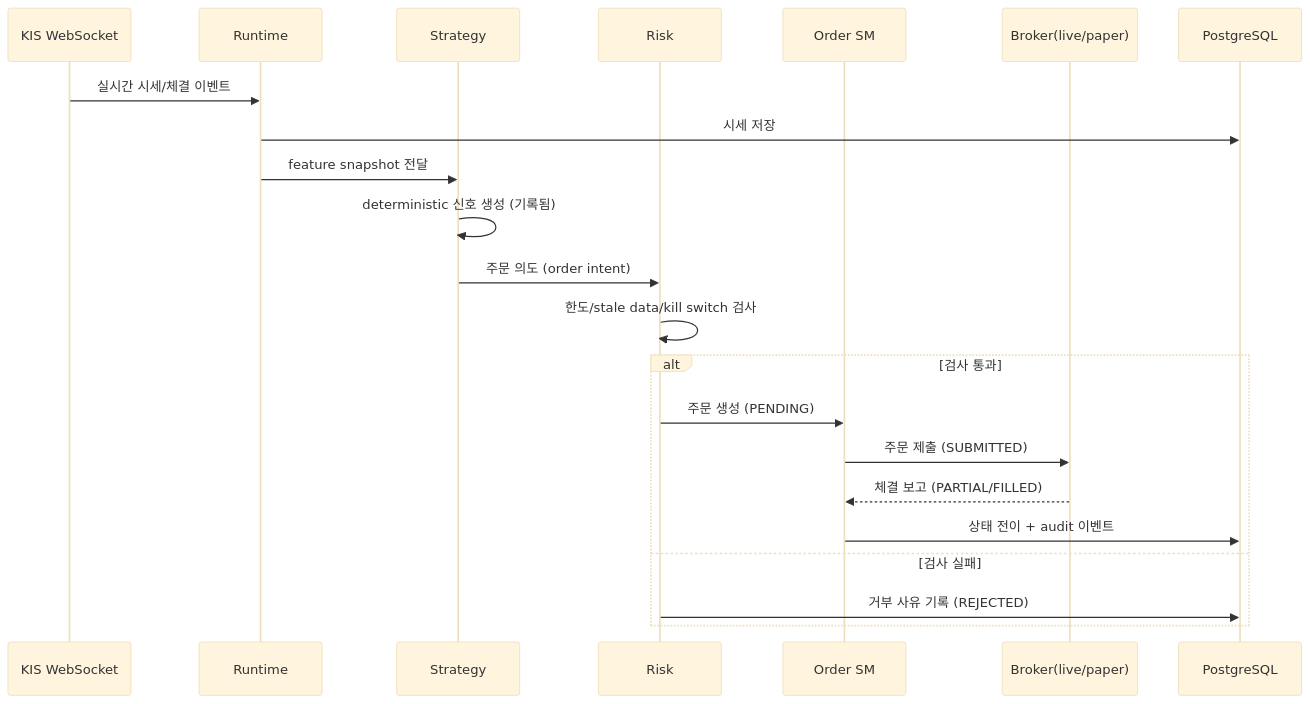
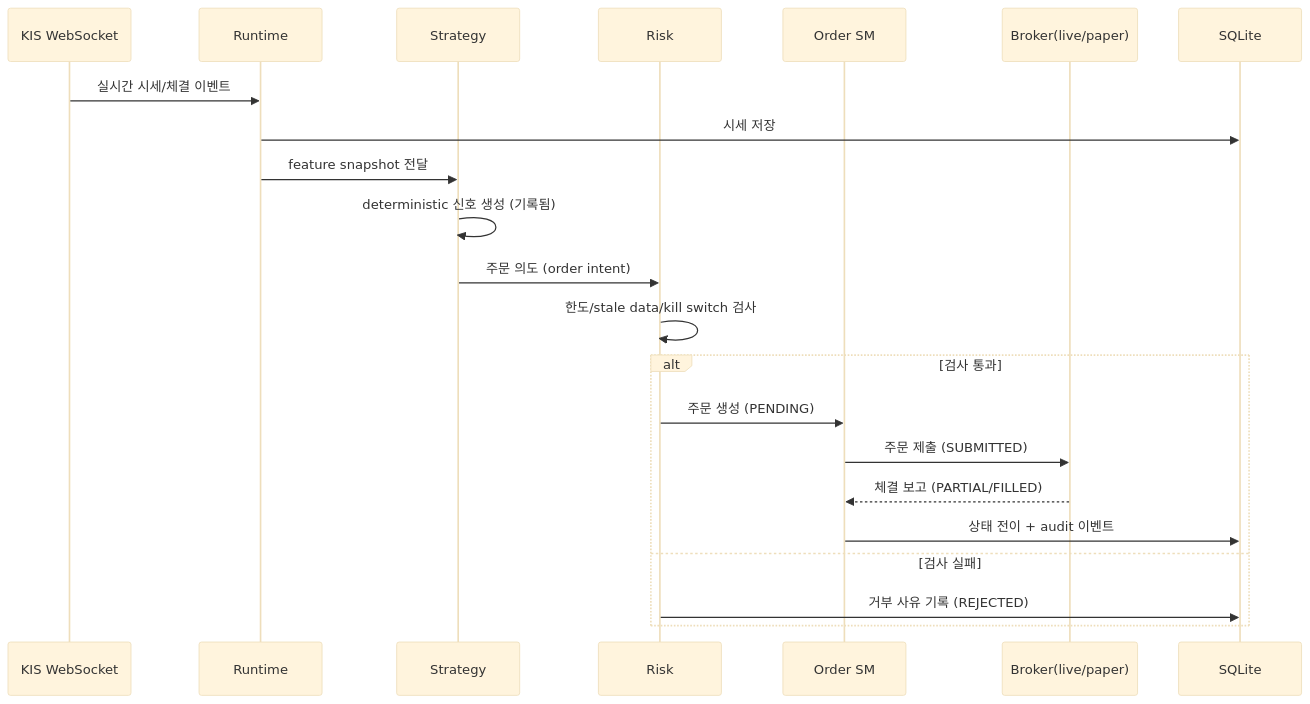
Before and after one commit to kybird/LossFunction: the second of 2 diagrams in docs/architecture.md, drawn with Mermaid (base theme). The commit also changed other lines of this file and 17 other files, not shown here.

First line of the commit message:
Switch storage layer from PostgreSQL to SQLite (WAL)

````diff
--- a/docs/architecture.md
+++ b/docs/architecture.md
@@ -73,25 +73,25 @@
 ```mermaid
 sequenceDiagram
     participant WS as KIS WebSocket
     participant RT as Runtime
     participant ST as Strategy
     participant RK as Risk
     participant OS as Order SM
     participant BR as Broker(live/paper)
-    participant DB as PostgreSQL
+    participant DB as SQLite
 
     WS->>RT: 실시간 시세/체결 이벤트
     RT->>DB: 시세 저장
     RT->>ST: feature snapshot 전달
     ST->>ST: deterministic 신호 생성 (기록됨)
     ST->>RK: 주문 의도 (order intent)
     RK->>RK: 한도/stale data/kill switch 검사
     alt 검사 통과
         RK->>OS: 주문 생성 (PENDING)
         OS->>BR: 주문 제출 (SUBMITTED)
         BR-->>OS: 체결 보고 (PARTIAL/FILLED)
         OS->>DB: 상태 전이 + audit 이벤트
     else 검사 실패
         RK->>DB: 거부 사유 기록 (REJECTED)
     end
 ```
````
